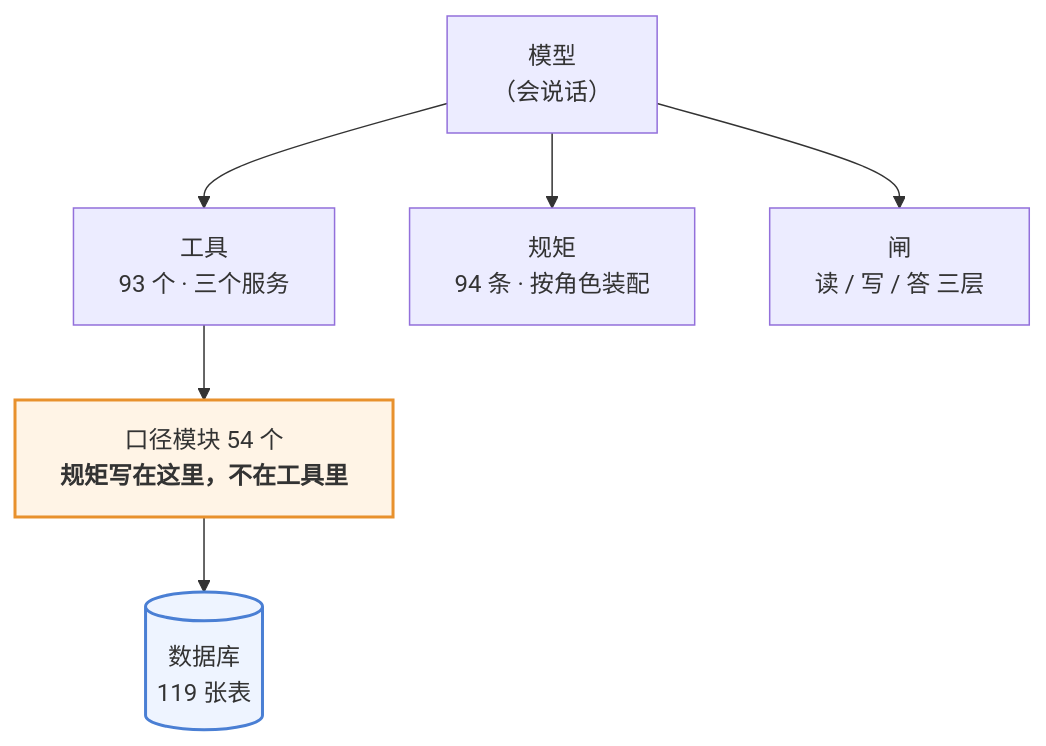
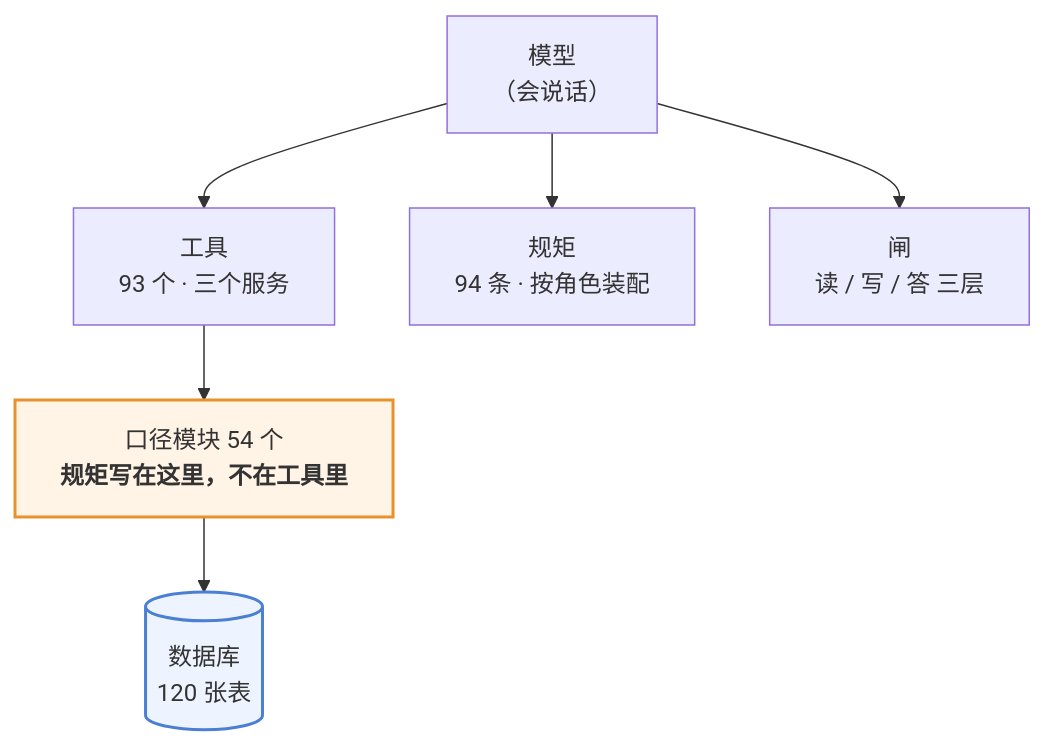
The first of 3 diagrams in 澜绣云裳agent-产品说明.md (843773296-rgb/lanxiu-yunshang-agent), drawn with Mermaid before and after one commit. The commit also changed other lines of this file and 14 other files, not shown here.

````diff
--- a/澜绣云裳agent-产品说明.md
+++ b/澜绣云裳agent-产品说明.md
@@ -62,12 +62,12 @@
 ```mermaid
 flowchart TD
     M["模型<br/>（会说话）"]
     M --> T["工具<br/>93 个 · 三个服务"]
     M --> R["规矩<br/>94 条 · 按角色装配"]
     M --> G["闸<br/>读 / 写 / 答 三层"]
     T --> K["口径模块 54 个<br/><b>规矩写在这里，不在工具里</b>"]
-    K --> DB[("数据库<br/>119 张表")]
+    K --> DB[("数据库<br/>120 张表")]
 
     style K fill:#fff4e6,stroke:#e8912d,stroke-width:2px
     style DB fill:#eef4ff,stroke:#4a7fd4,stroke-width:2px
 ```
````
